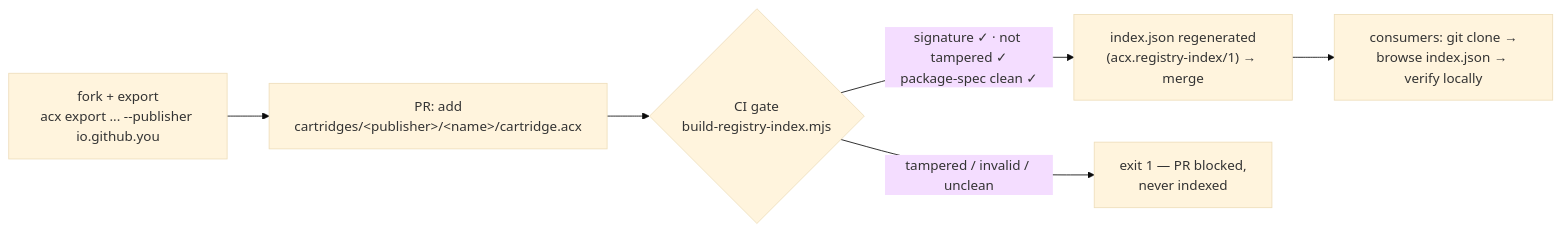
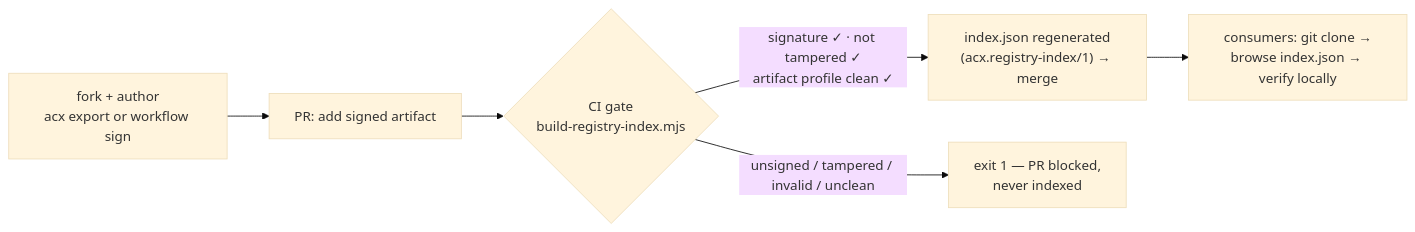
The diagram in docs-site/docs/lifecycle/sharing-git.md (lboel/acx), drawn with Mermaid (base theme) before and after one commit. The commit also changed other lines of this file and 66 other files, not shown here.

````diff
--- a/docs-site/docs/lifecycle/sharing-git.md
+++ b/docs-site/docs/lifecycle/sharing-git.md
@@ -119,8 +158,8 @@
 ```mermaid
 flowchart LR
-    A["fork + export<br/>acx export ... --publisher io.github.you"] --> B["PR: add<br/>cartridges/&lt;publisher&gt;/&lt;name&gt;/cartridge.acx"]
+    A["fork + author<br/>acx export or workflow sign"] --> B["PR: add signed artifact"]
     B --> C{"CI gate<br/>build-registry-index.mjs"}
-    C -- "signature ✓ · not tampered ✓<br/>package-spec clean ✓" --> D["index.json regenerated<br/>(acx.registry-index/1) → merge"]
-    C -- "tampered / invalid / unclean" --> E["exit 1 — PR blocked,<br/>never indexed"]
+    C -- "signature ✓ · not tampered ✓<br/>artifact profile clean ✓" --> D["index.json regenerated<br/>(acx.registry-index/1) → merge"]
+    C -- "unsigned / tampered / invalid / unclean" --> E["exit 1 — PR blocked,<br/>never indexed"]
     D --> F["consumers: git clone →<br/>browse index.json → verify locally"]
 ```
````
